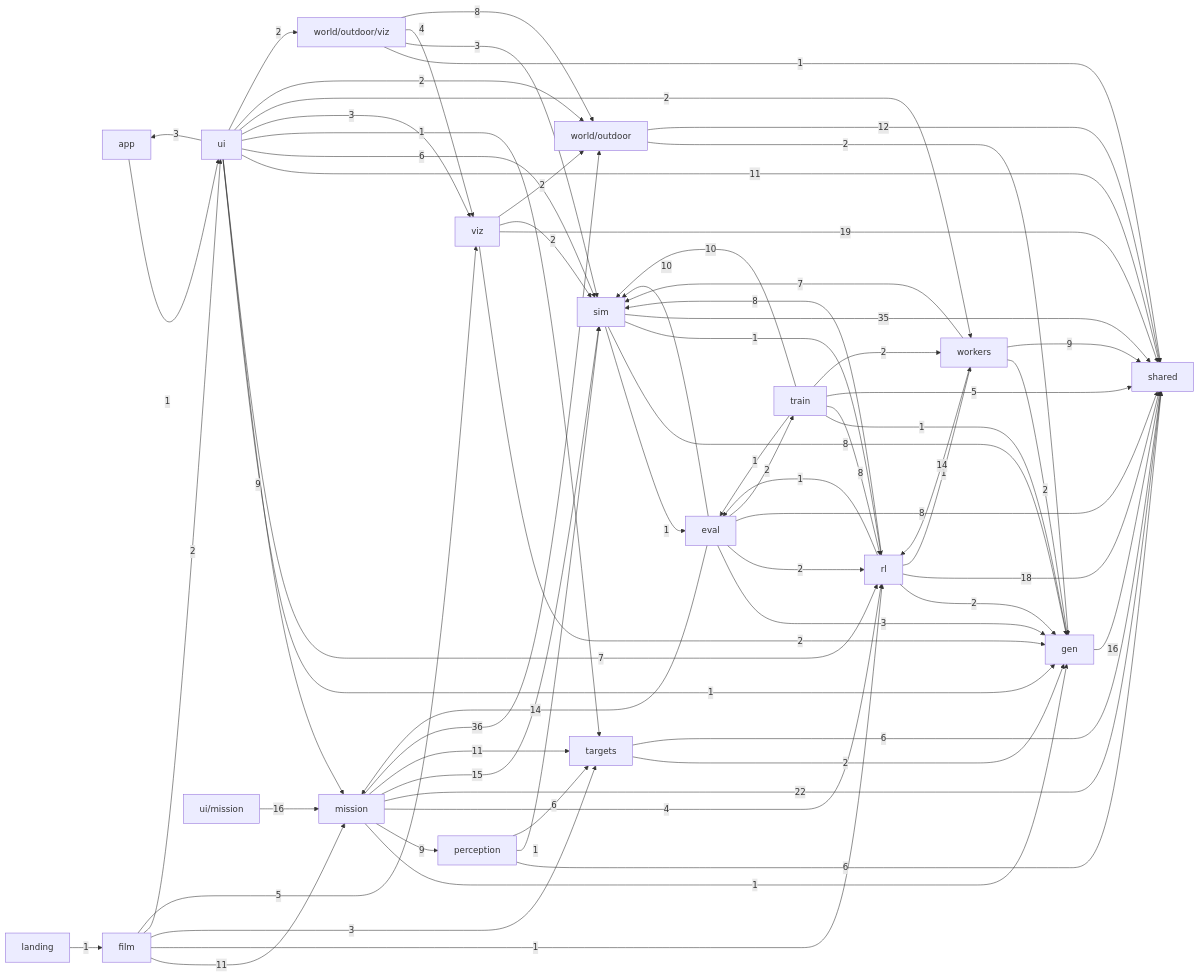
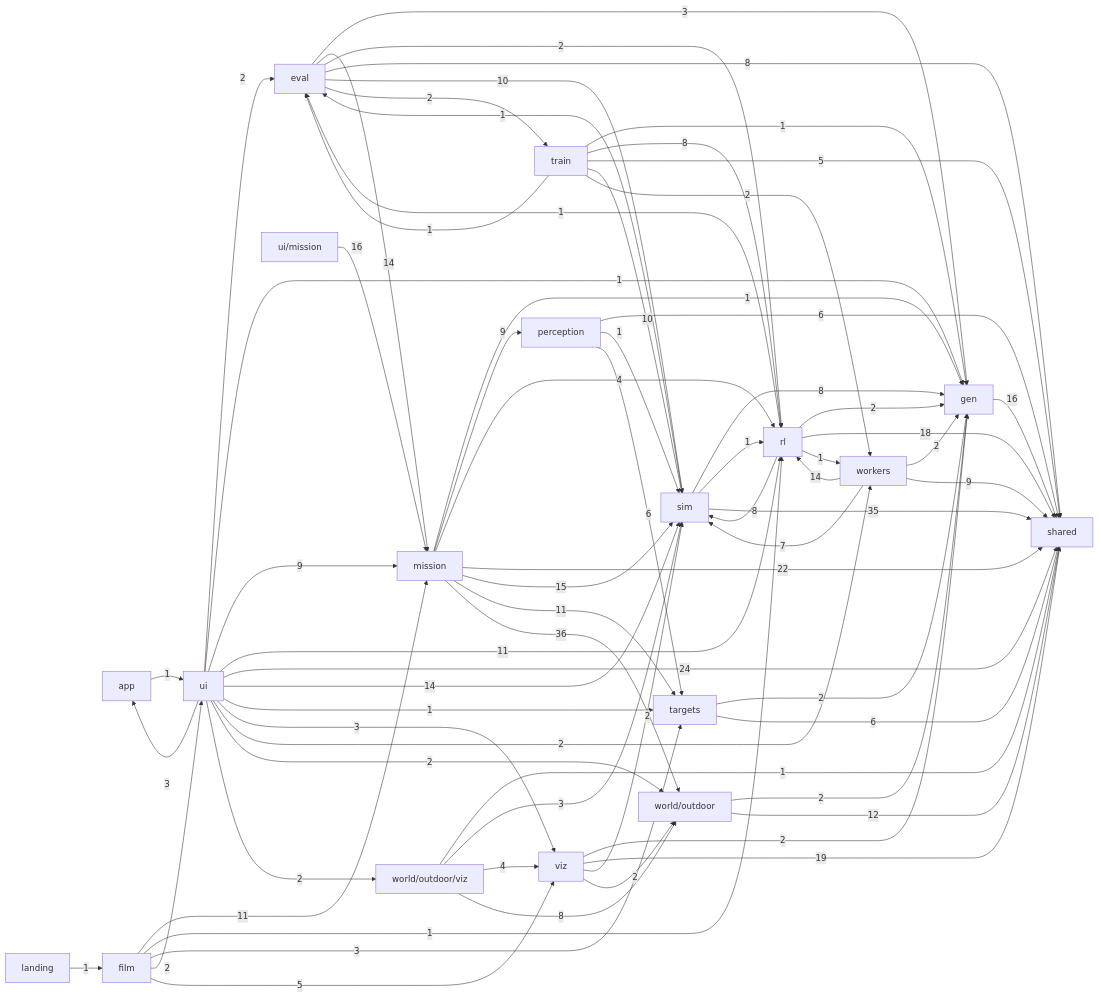
Before and after one commit to alexnieves-cs/frontier-fly: the second of 2 diagrams in docs/ARCHITECTURE.md, drawn with Mermaid. The commit also changed other lines of this file and 19 other files, not shown here.

```diff
--- a/docs/ARCHITECTURE.md
+++ b/docs/ARCHITECTURE.md
@@ -135,11 +135,12 @@
   train -->|2| workers
   ui_mission -->|16| mission
   ui -->|3| app
+  ui -->|2| eval
   ui -->|1| gen
   ui -->|9| mission
-  ui -->|7| rl
-  ui -->|11| shared
-  ui -->|6| sim
+  ui -->|11| rl
+  ui -->|24| shared
+  ui -->|14| sim
   ui -->|1| targets
   ui -->|3| viz
   ui -->|2| workers
```
